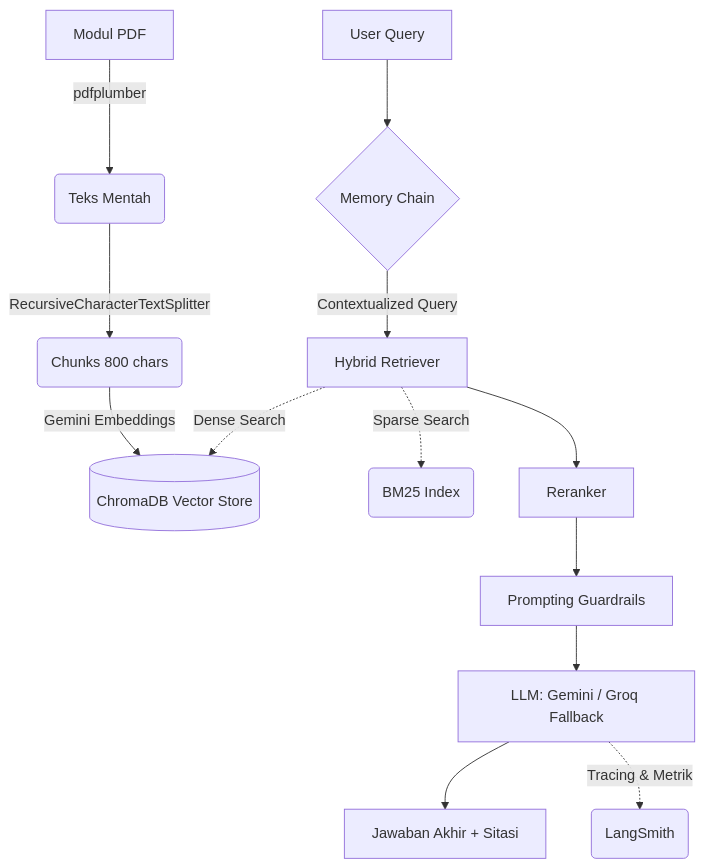
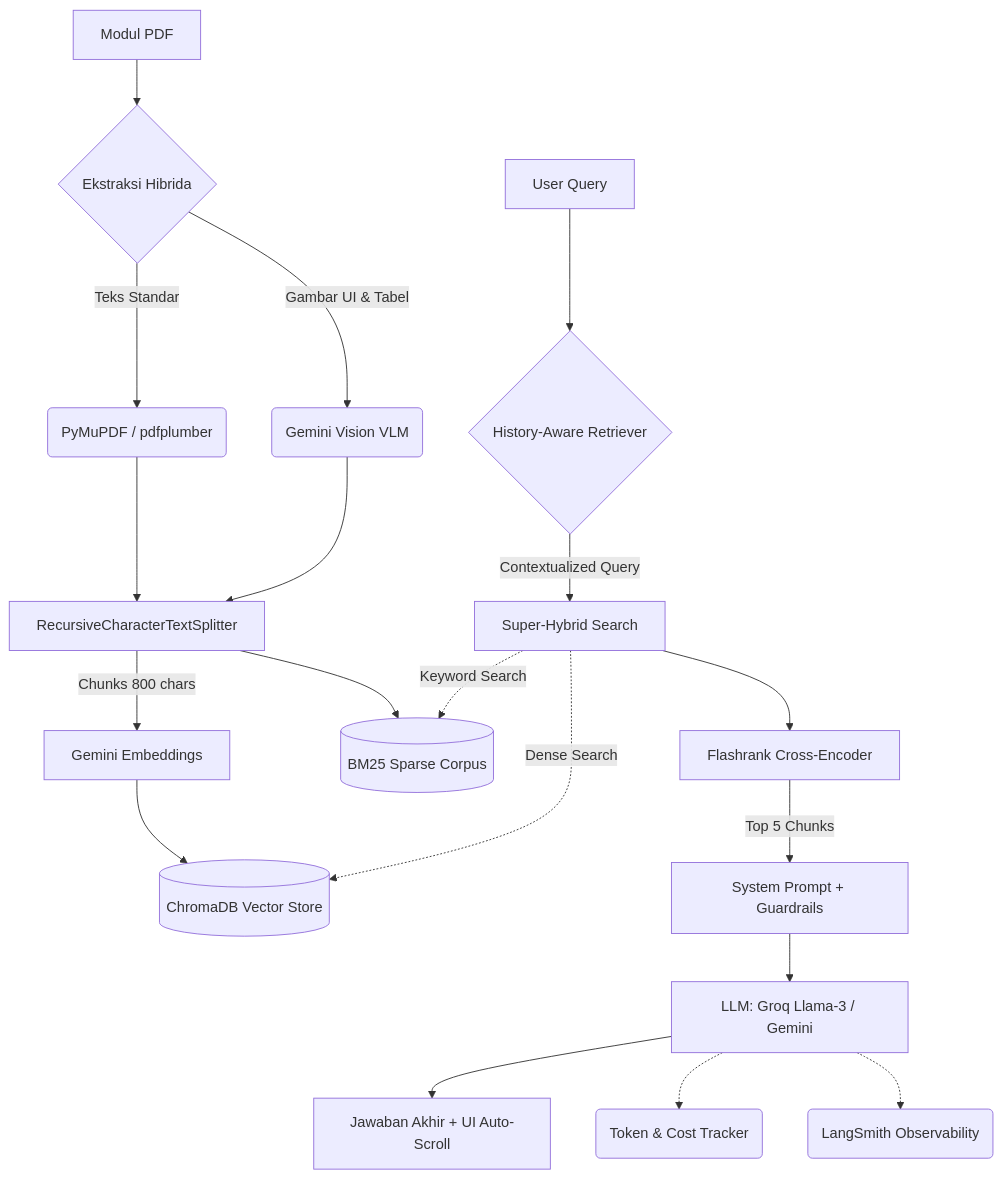
Before and after one commit to GDA03/accurate-chatbot: the diagram in README.md, drawn with Mermaid. The commit also changed other lines of this file, not shown here.

Commit message:
Update architecture diagram to include VLM and Flashrank

````diff
--- a/README.md
+++ b/README.md
@@ -69,17 +69,23 @@
 ```mermaid
 graph TD
-    A[Modul PDF] -->|pdfplumber| B(Teks Mentah)
-    B -->|RecursiveCharacterTextSplitter| C(Chunks 800 chars)
-    C -->|Gemini Embeddings| D[(ChromaDB Vector Store)]
+    A[Modul PDF] --> B{Ekstraksi Hibrida}
+    B -->|Teks Standar| C(PyMuPDF / pdfplumber)
+    B -->|Gambar UI & Tabel| D(Gemini Vision VLM)
+    C --> E[RecursiveCharacterTextSplitter]
+    D --> E
+    E -->|Chunks 800 chars| F[Gemini Embeddings]
+    F --> G[(ChromaDB Vector Store)]
+    E --> H[(BM25 Sparse Corpus)]
     
-    E[User Query] --> F{Memory Chain}
-    F -->|Contextualized Query| G[Hybrid Retriever]
-    G -.->|Dense Search| D
-    G -.->|Sparse Search| H(BM25 Index)
-    G --> I[Reranker]
-    I --> J[Prompting Guardrails]
-    J --> K[LLM: Gemini / Groq Fallback]
-    K --> L[Jawaban Akhir + Sitasi]
+    I[User Query] --> J{History-Aware Retriever}
+    J -->|Contextualized Query| K[Super-Hybrid Search]
+    K -.->|Dense Search| G
+    K -.->|Keyword Search| H
+    K --> L[Flashrank Cross-Encoder]
+    L -->|Top 5 Chunks| M[System Prompt + Guardrails]
+    M --> N[LLM: Groq Llama-3 / Gemini]
+    N --> O[Jawaban Akhir + UI Auto-Scroll]
     
-    K -.->|Tracing & Metrik| M(LangSmith)
+    N -.-> P(Token & Cost Tracker)
+    N -.-> Q(LangSmith Observability)
 ```
````
